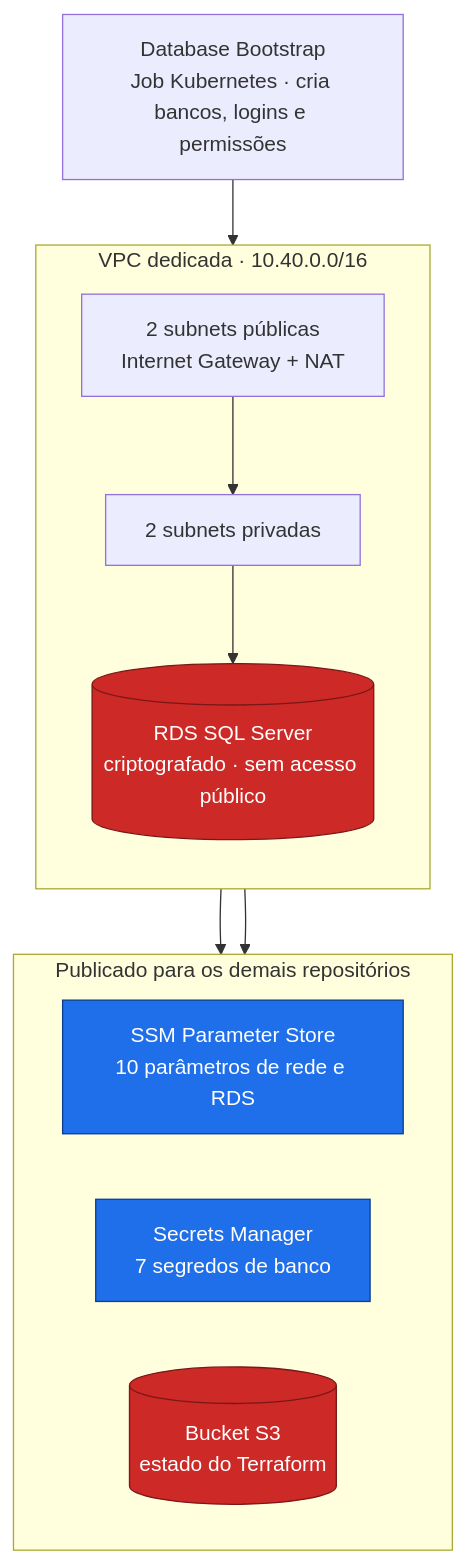
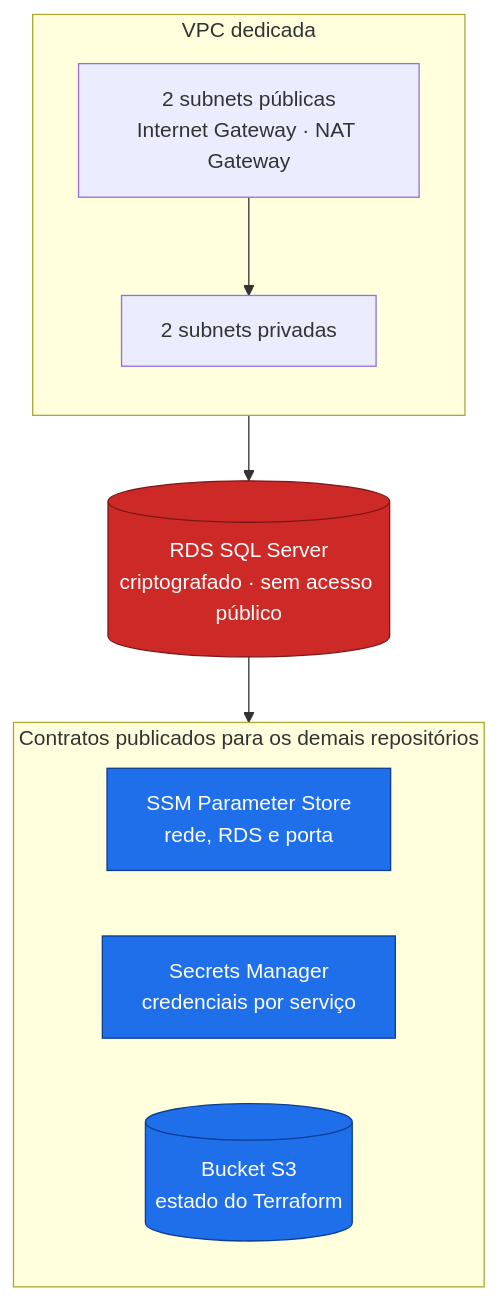
One commit to fabianorodrigues/oficina-infra-db-fiap-fase4 changed the second of 3 diagrams in README.md. Above: the diagram before and after it, drawn with Mermaid. The commit also changed other lines of this file, not shown here.

````diff
--- a/README.md
+++ b/README.md
@@ -71,28 +125,26 @@
 ```mermaid
 flowchart TB
-    subgraph VPC["VPC dedicada · 10.40.0.0/16"]
+    subgraph Rede["VPC dedicada"]
         direction TB
-        Pub["2 subnets públicas<br/>Internet Gateway + NAT"]
-        Priv["2 subnets privadas"]
-        RDS[("RDS SQL Server<br/>criptografado · sem acesso público")]
-        Pub --> Priv --> RDS
+        Publicas["2 subnets públicas<br/>Internet Gateway · NAT Gateway"]
+        Privadas["2 subnets privadas"]
+        Publicas --> Privadas
     end
 
-    subgraph Contratos["Publicado para os demais repositórios"]
+    Banco[("RDS SQL Server<br/>criptografado · sem acesso público")]
+
+    subgraph Contratos["Contratos publicados para os demais repositórios"]
         direction LR
-        SSM["SSM Parameter Store<br/>10 parâmetros de rede e RDS"]
-        SM["Secrets Manager<br/>7 segredos de banco"]
+        SSM["SSM Parameter Store<br/>rede, RDS e porta"]
+        SM["Secrets Manager<br/>credenciais por serviço"]
         S3[("Bucket S3<br/>estado do Terraform")]
     end
 
-    Bootstrap["Database Bootstrap<br/>Job Kubernetes · cria bancos, logins e permissões"]
+    Privadas --> Banco
+    Banco --> Contratos
 
-    VPC --> SSM
-    VPC --> SM
-    Bootstrap --> RDS
-
-    classDef data fill:#CC2927,stroke:#7a1717,color:#fff
-    classDef pub fill:#1f6feb,stroke:#0b3d91,color:#fff
-    class RDS,S3 data
-    class SSM,SM pub
+    classDef dados fill:#CC2927,stroke:#7a1717,color:#fff
+    classDef contrato fill:#1f6feb,stroke:#0b3d91,color:#fff
+    class Banco dados
+    class SSM,SM,S3 contrato
 ```
````
